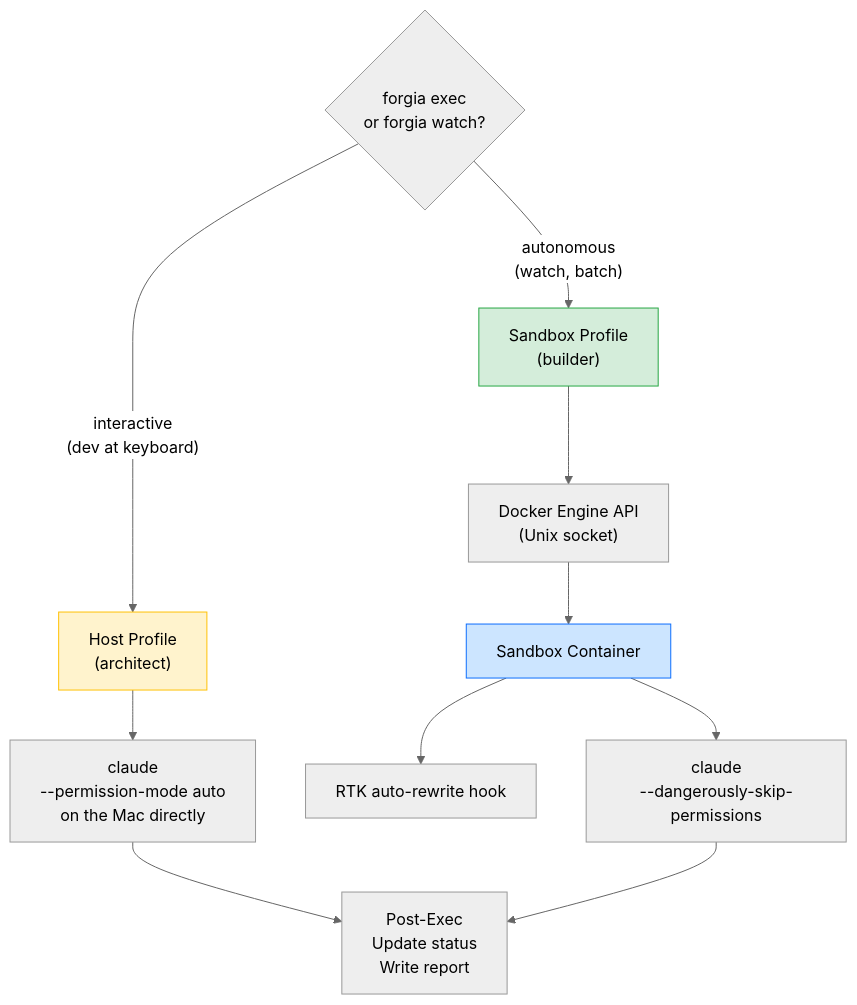
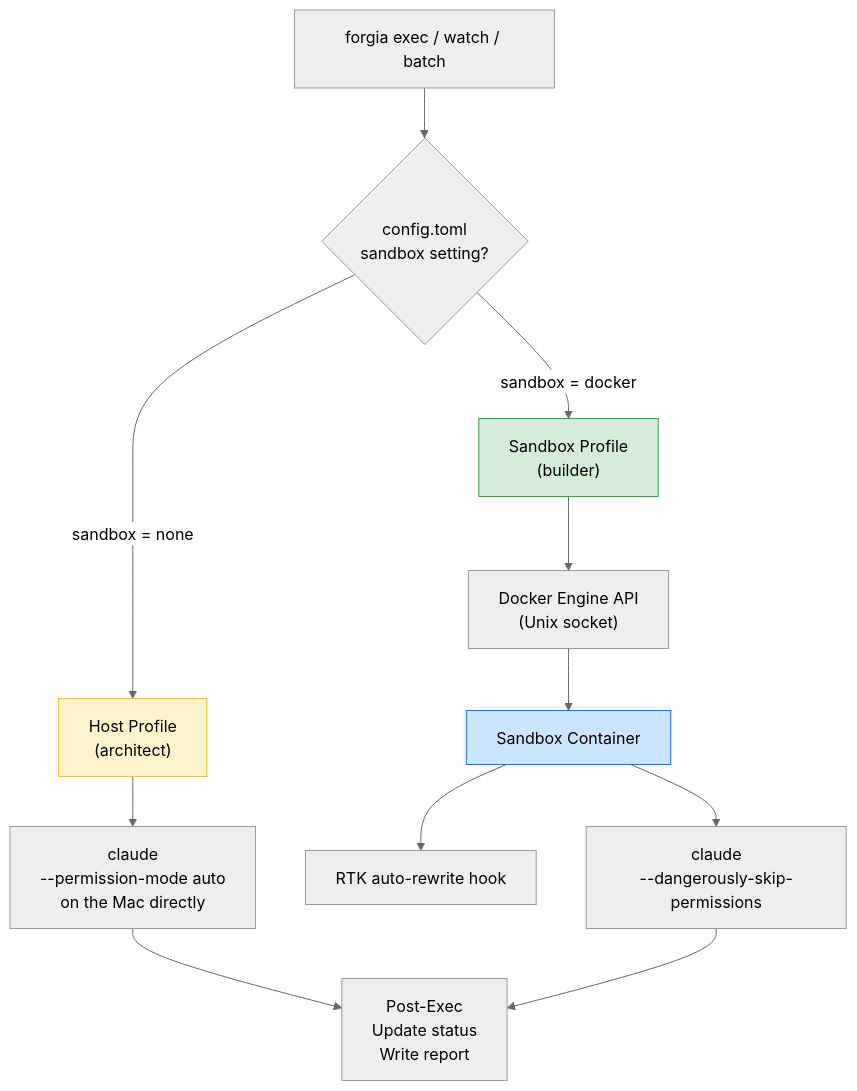
The fifth of 13 diagrams in docs/functional-architecture.md (Forgia-Labs/forgia), drawn with Mermaid (neutral theme) before and after one commit. The commit also changed other lines of this file, not shown here.

First line of the commit message:
fix: resolve 10 inconsistencies in functional-architecture.md

````diff
--- a/docs/functional-architecture.md
+++ b/docs/functional-architecture.md
@@ -268,21 +273,23 @@
 ```mermaid
 flowchart TD
-    Command{"forgia exec\nor forgia watch?"}
+    Command["forgia exec / watch / batch"]
 
-    Command -->|"interactive\n(dev at keyboard)"| Host["Host Profile\n(architect)"]
-    Command -->|"autonomous\n(watch, batch)"| Sandbox["Sandbox Profile\n(builder)"]
+    Command --> Config{"config.toml\nsandbox setting?"}
+
+    Config -->|"sandbox = none"| Host["Host Profile\n(architect)"]
+    Config -->|"sandbox = docker"| Sandbox["Sandbox Profile\n(builder)"]
 
     Host --> Claude_Host["claude\n--permission-mode auto\non the Mac directly"]
 
     Sandbox --> Docker_API["Docker Engine API\n(Unix socket)"]
     Docker_API --> Container["Sandbox Container"]
     Container --> RTK_Hook["RTK auto-rewrite hook"]
     Container --> Claude_Sandbox["claude\n--dangerously-skip-permissions"]
 
     Claude_Host --> PostExec["Post-Exec\nUpdate status\nWrite report"]
     Claude_Sandbox --> PostExec
 
     style Host fill:#fff3cd,stroke:#ffc107
     style Sandbox fill:#d4edda,stroke:#28a745
     style Container fill:#cce5ff,stroke:#0d6efd
 ```
````
